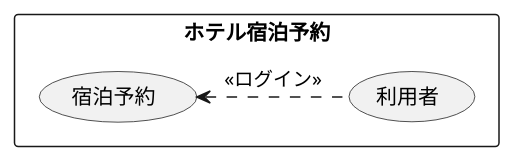
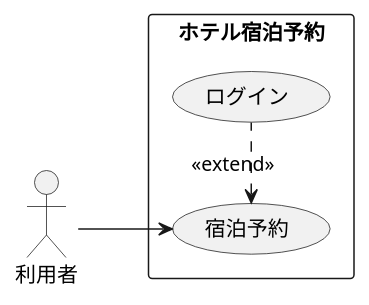
The diagram in 演習2-3_ホテル宿泊予約.pu (Nakmura0121/uml-introduction), drawn with PlantUML before and after one commit. The commit also changed 4 other files, not shown here.

```diff
--- a/演習2-3_ホテル宿泊予約.pu
+++ b/演習2-3_ホテル宿泊予約.pu
@@ -1,7 +1,10 @@
 @startuml ユースケース図
+actor 利用者
+left to right direction
 rectangle ホテル宿泊予約 {
 usecase 宿泊予約
-usecase 利用者
+usecase ログイン
 }
-宿泊予約 <. 利用者 : << ログイン >>
+利用者 --> 宿泊予約
+宿泊予約 <. ログイン : << extend >>
 @enduml
```
